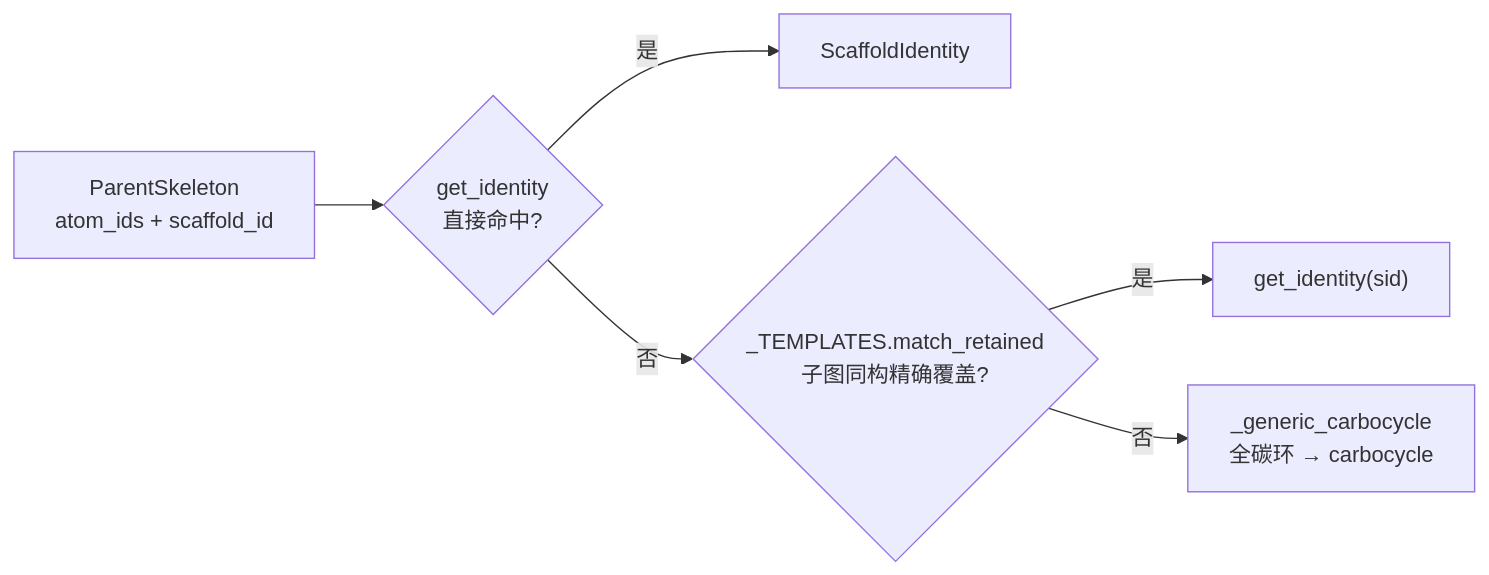
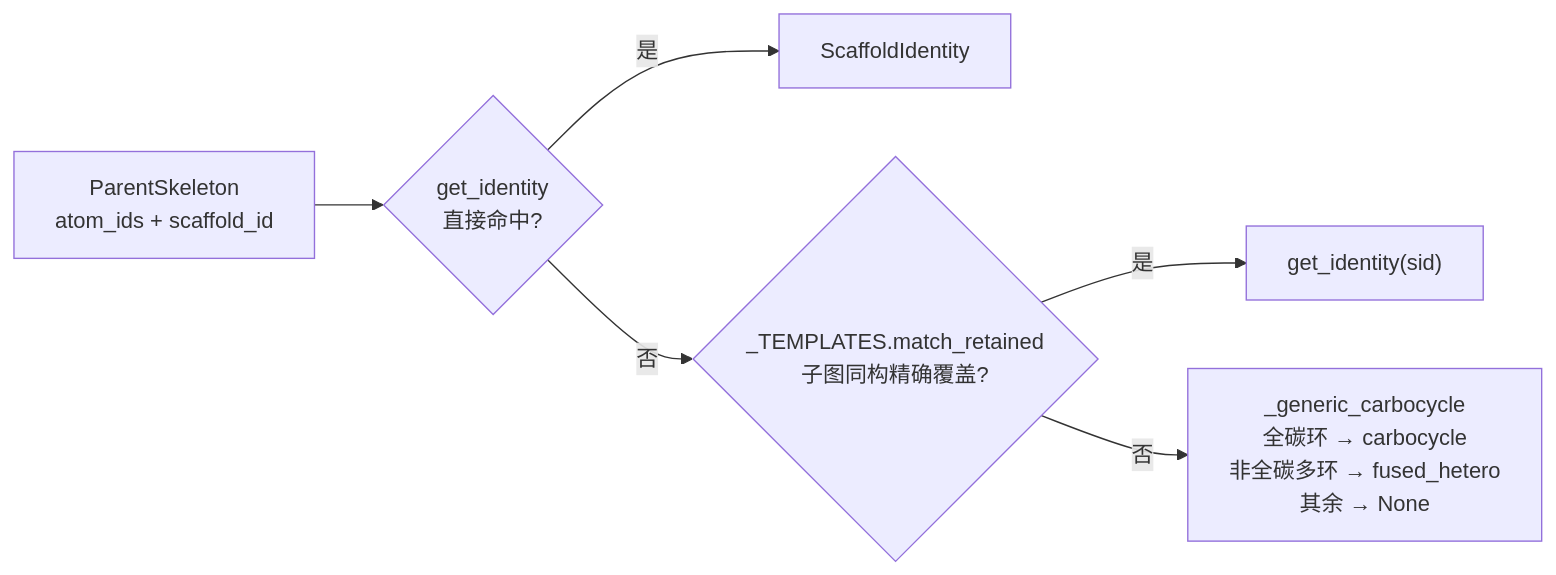
Before and after one commit to zouxiaofei1/OpenSMILES: the third of 4 diagrams in docs/wiki/architecture/layer2-parent-selector.md, drawn with Mermaid. The commit also changed other lines of this file and 17 other files, not shown here.

````diff
--- a/docs/wiki/architecture/layer2-parent-selector.md
+++ b/docs/wiki/architecture/layer2-parent-selector.md
@@ -121,8 +123,8 @@
 ```mermaid
 flowchart LR
     A["ParentSkeleton<br/>atom_ids + scaffold_id"] --> B{"get_identity<br/>直接命中?"}
     B -->|是| ID1["ScaffoldIdentity"]
     B -->|否| C{"_TEMPLATES.match_retained<br/>子图同构精确覆盖?"}
     C -->|是| ID2["get_identity(sid)"]
-    C -->|否| D["_generic_carbocycle<br/>全碳环 → carbocycle"]
+    C -->|否| D["_generic_carbocycle<br/>全碳环 → carbocycle<br/>非全碳多环 → fused_hetero<br/>其余 → None"]
 ```
````
